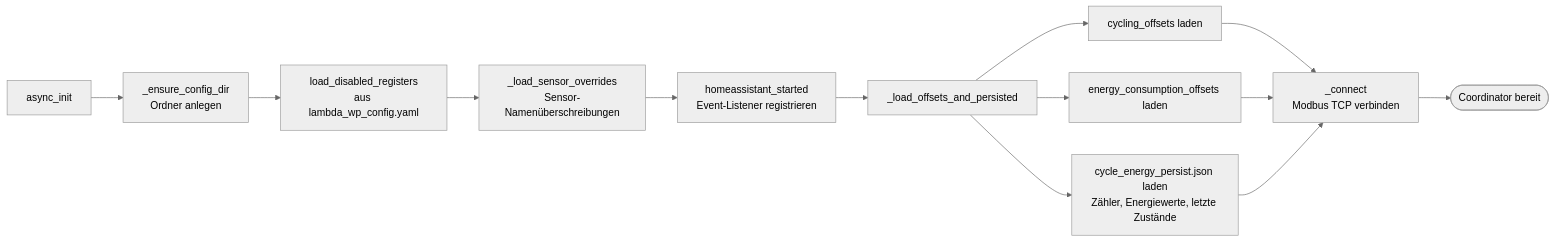
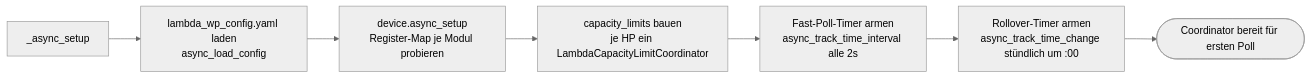
Before and after one commit to GuidoJeuken-6512/lambda_heat_pumps: the second of 7 diagrams in docs/docs/Entwickler/Ablaufdiagramm.md, drawn with Mermaid (neutral theme). The commit also changed other lines of this file and 41 other files, not shown here.

````diff
--- a/docs/docs/Entwickler/Ablaufdiagramm.md
+++ b/docs/docs/Entwickler/Ablaufdiagramm.md
@@ -123,13 +107,9 @@
 ```mermaid
 flowchart LR
-    A[async_init] --> B[_ensure_config_dir\nOrdner anlegen]
-    B --> C[load_disabled_registers\naus lambda_wp_config.yaml]
-    C --> D[_load_sensor_overrides\nSensor-Namenüberschreibungen]
-    D --> E[homeassistant_started\nEvent-Listener registrieren]
-    E --> F[_load_offsets_and_persisted]
-    F --> F1[cycling_offsets laden]
-    F --> F2[energy_consumption_offsets laden]
-    F --> F3[cycle_energy_persist.json laden\nZähler, Energiewerte, letzte Zustände]
-    F1 & F2 & F3 --> G[_connect\nModbus TCP verbinden]
-    G --> H([Coordinator bereit])
+    A[_async_setup] --> B[lambda_wp_config.yaml laden\nasync_load_config]
+    B --> C[device.async_setup\nRegister-Map je Modul probieren]
+    C --> D[capacity_limits bauen\nje HP ein LambdaCapacityLimitCoordinator]
+    D --> E[Fast-Poll-Timer armen\nasync_track_time_interval alle 2s]
+    E --> F[Rollover-Timer armen\nasync_track_time_change stündlich um :00]
+    F --> G([Coordinator bereit für ersten Poll])
 ```
````
